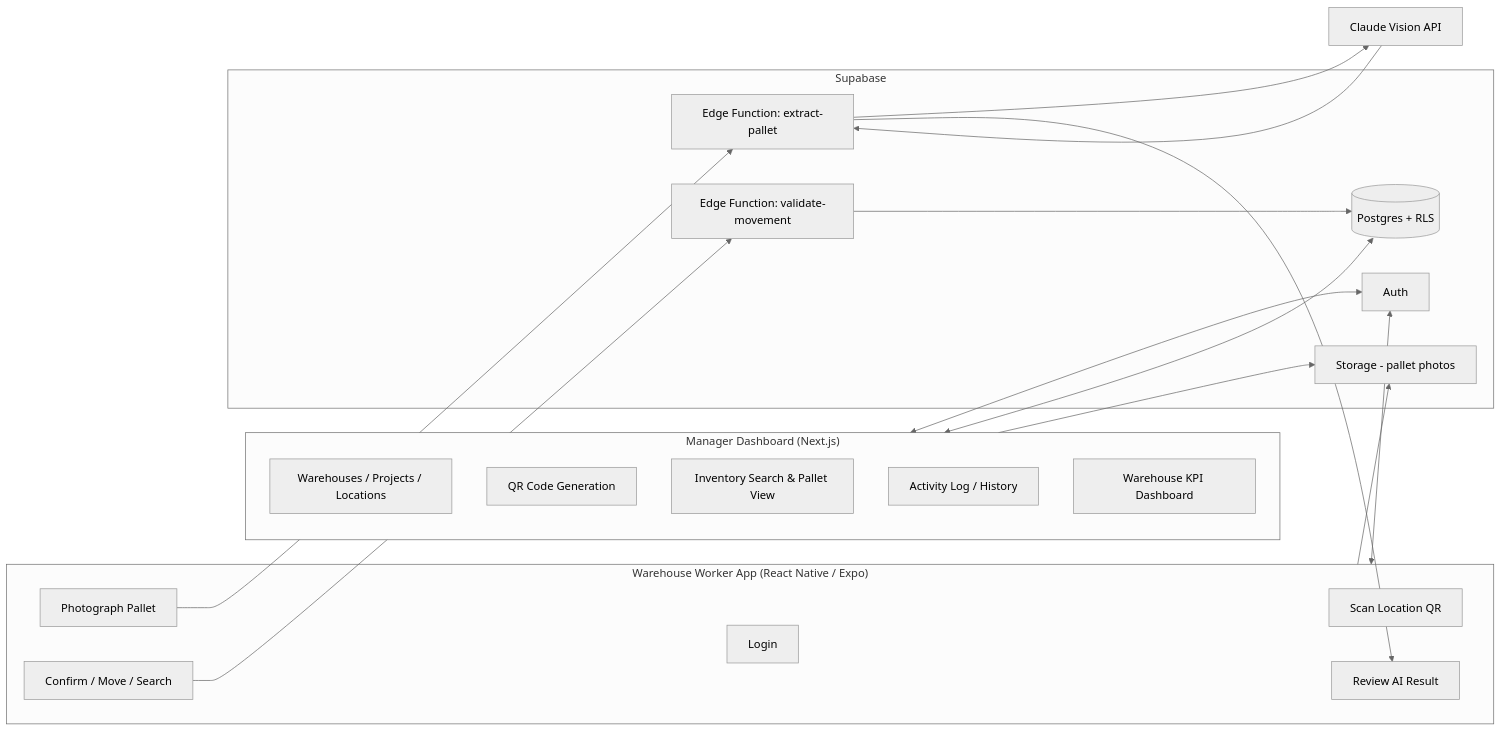
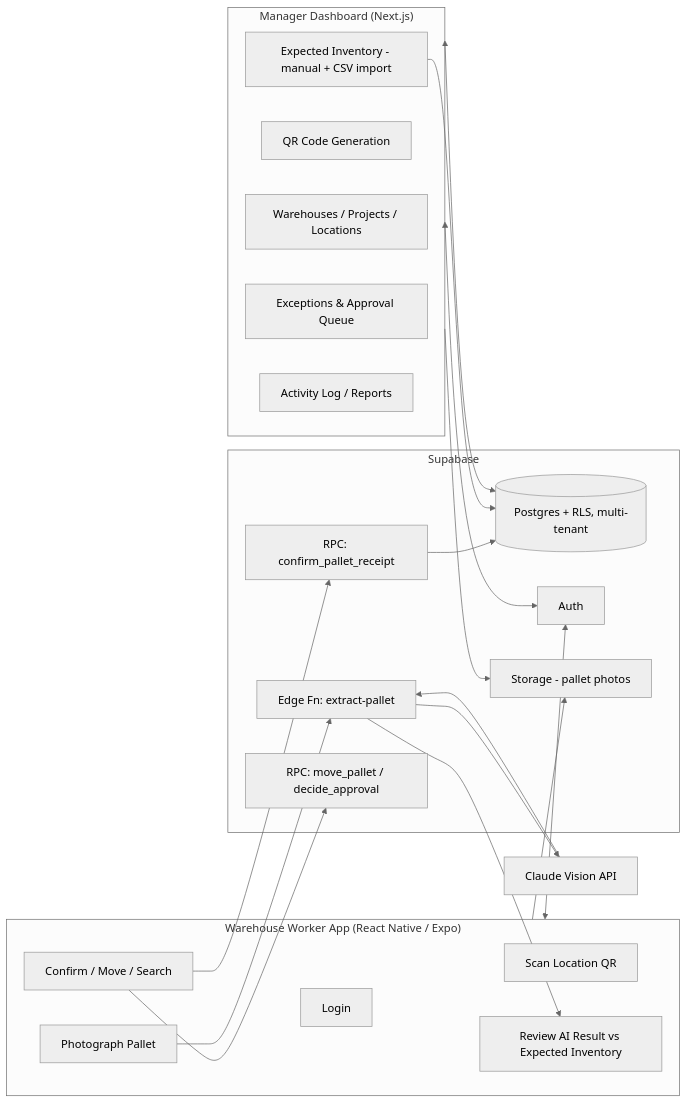
The diagram in PLAN.md (dskinathan/WarehouseIQ), drawn with Mermaid (neutral theme) before and after one commit. The commit also changed other lines of this file and 6 other files, not shown here.

First line of the commit message:
Add full V1 product/architecture documentation set

````diff
--- a/PLAN.md
+++ b/PLAN.md
@@ -25,40 +41,43 @@
 ```mermaid
 flowchart LR
     subgraph Mobile["Warehouse Worker App (React Native / Expo)"]
         A1[Login]
         A2[Scan Location QR]
         A3[Photograph Pallet]
-        A4[Review AI Result]
+        A4[Review AI Result vs Expected Inventory]
         A5[Confirm / Move / Search]
     end
 
     subgraph Web["Manager Dashboard (Next.js)"]
         B1[Warehouses / Projects / Locations]
         B2[QR Code Generation]
-        B3[Inventory Search & Pallet View]
-        B4[Activity Log / History]
-        B5[Warehouse KPI Dashboard]
+        B3[Expected Inventory - manual + CSV import]
+        B4[Exceptions & Approval Queue]
+        B5[Activity Log / Reports]
     end
 
     subgraph Backend["Supabase"]
-        C1[(Postgres + RLS)]
+        C1[(Postgres + RLS, multi-tenant)]
         C2[Auth]
         C3[Storage - pallet photos]
-        C4[Edge Function: extract-pallet]
-        C5[Edge Function: validate-movement]
+        C4[Edge Fn: extract-pallet]
+        C5[RPC: confirm_pallet_receipt]
+        C6[RPC: move_pallet / decide_approval]
     end
 
     D[Claude Vision API]
 
     A3 --> C4
     C4 --> D
     D --> C4
     C4 --> A4
     A5 --> C5
+    A5 --> C6
     C5 --> C1
+    B3 --> C1
     Mobile <--> C2
     Web <--> C2
     Web <--> C1
     Mobile --> C3
     Web --> C3
 ```
````
